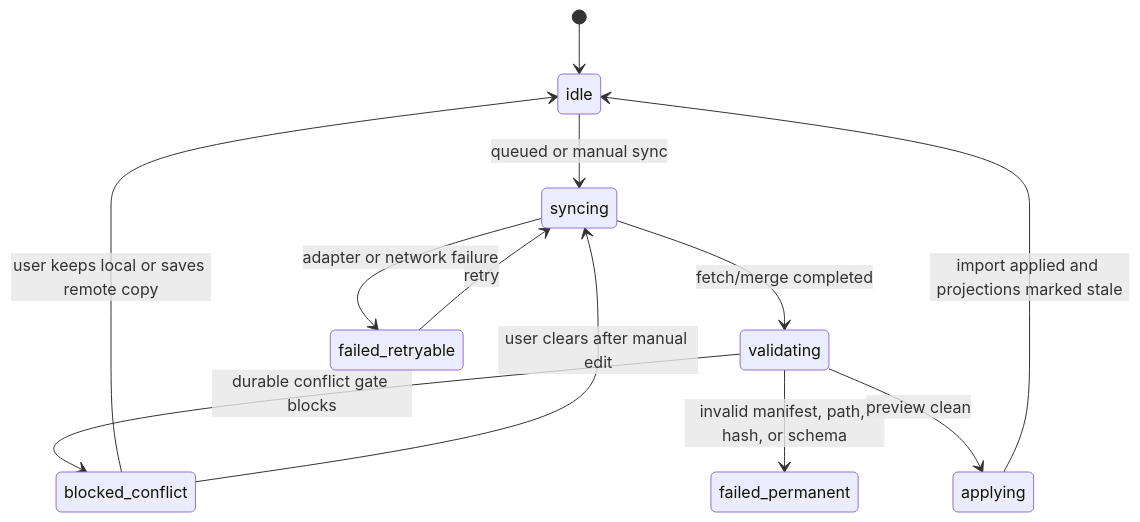
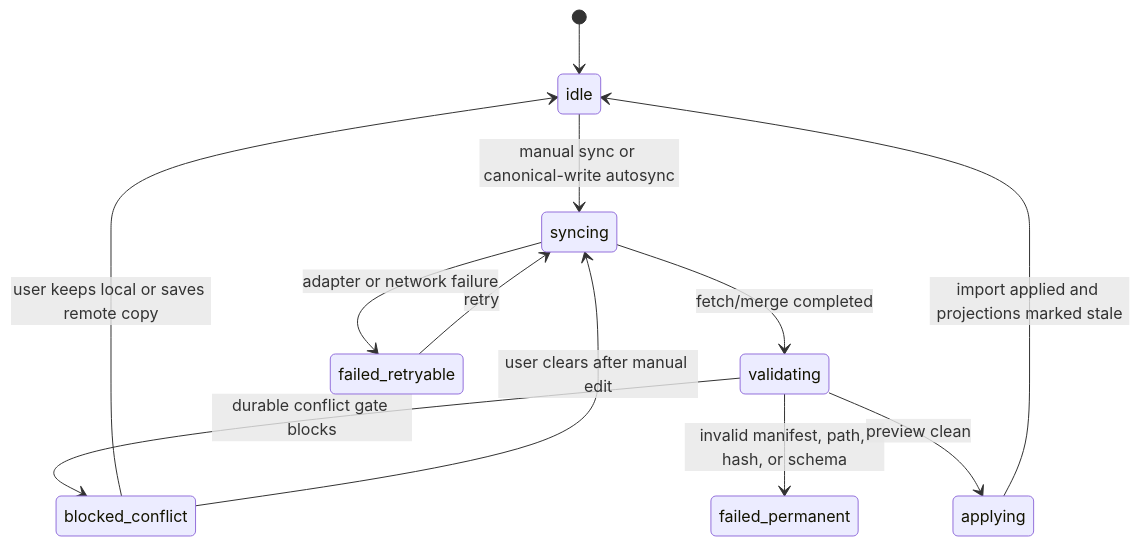
One commit to leike0813/zotero-agents changed diagram 11 of 11 in doc/synthesis-layer/state-machines.md. Above: the diagram before and after it, drawn with Mermaid. The commit also changed other lines of this file and 177 other files, not shown here.

````diff
--- a/doc/synthesis-layer/state-machines.md
+++ b/doc/synthesis-layer/state-machines.md
@@ -322,14 +322,14 @@
 ```mermaid
 stateDiagram-v2
   [*] --> idle
-  idle --> syncing: queued or manual sync
+  idle --> syncing: manual sync or canonical-write autosync
   syncing --> validating: fetch/merge completed
   validating --> blocked_conflict: durable conflict gate blocks
   validating --> failed_permanent: invalid manifest, path, hash, or schema
   validating --> applying: preview clean
   applying --> idle: import applied and projections marked stale
   syncing --> failed_retryable: adapter or network failure
   failed_retryable --> syncing: retry
   blocked_conflict --> idle: user keeps local or saves remote copy
   blocked_conflict --> syncing: user clears after manual edit
 ```
````
